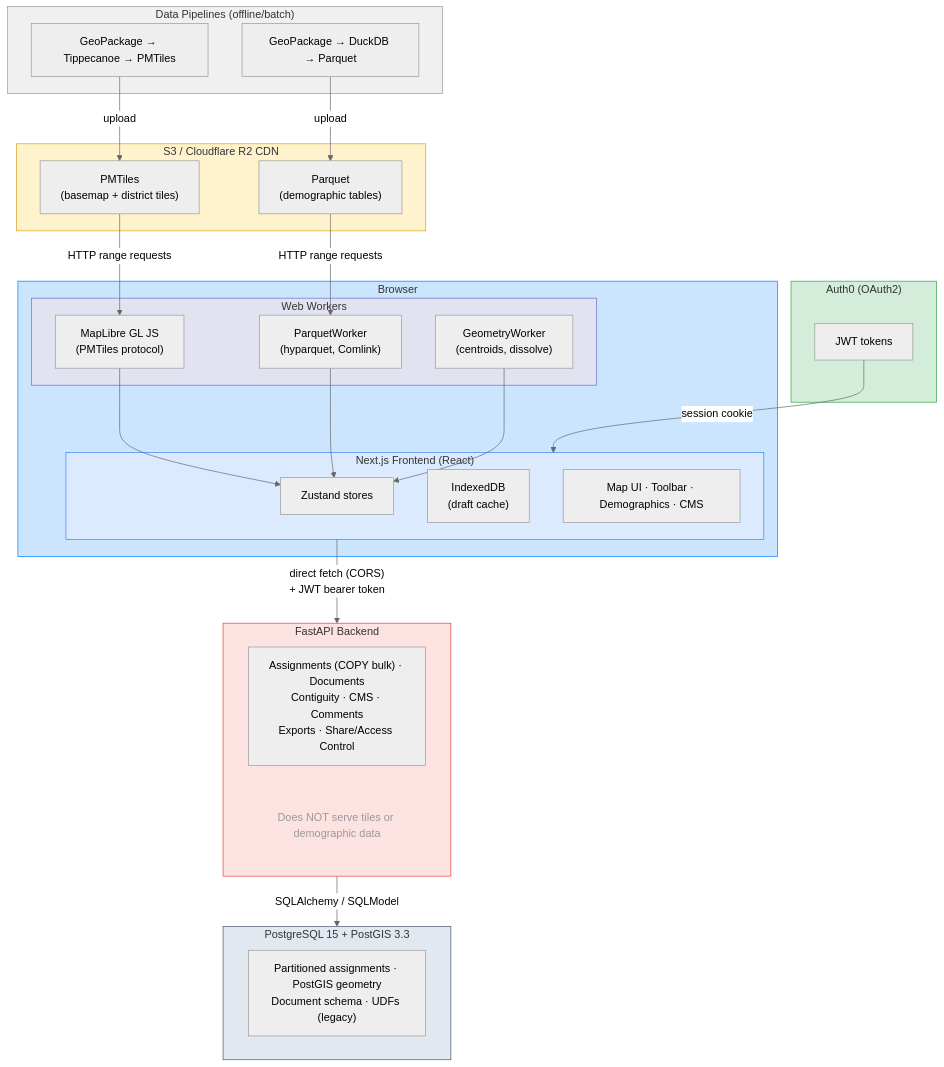
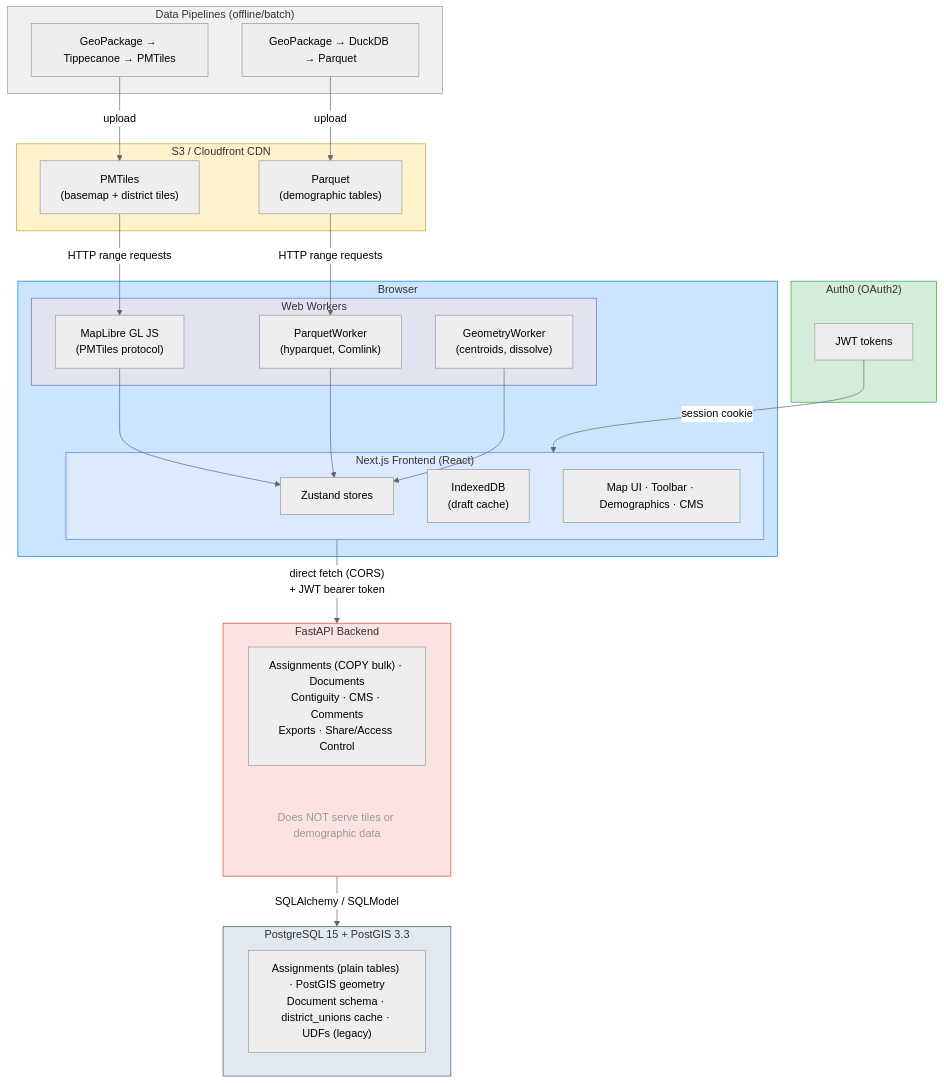
One commit to districtr/districtr-v2 changed the diagram in .agents/ARCHITECTURE.md. Above: the diagram before and after it, drawn with Mermaid (neutral theme). The commit also changed other lines of this file and 70 other files, not shown here.

````diff
--- a/.agents/ARCHITECTURE.md
+++ b/.agents/ARCHITECTURE.md
@@ -7,59 +7,59 @@
 ```mermaid
 graph TD
     subgraph Pipelines["Data Pipelines (offline/batch)"]
         P1["GeoPackage → Tippecanoe → PMTiles"]
         P2["GeoPackage → DuckDB → Parquet"]
     end
 
-    subgraph S3["S3 / Cloudflare R2 CDN"]
+    subgraph S3["S3 / Cloudfront CDN"]
         Tiles["PMTiles<br/>(basemap + district tiles)"]
         Parquet["Parquet<br/>(demographic tables)"]
     end
 
     subgraph Auth["Auth0 (OAuth2)"]
         JWT["JWT tokens"]
     end
 
     subgraph Browser["Browser"]
         subgraph Workers["Web Workers"]
             MapLibre["MapLibre GL JS<br/>(PMTiles protocol)"]
             PW["ParquetWorker<br/>(hyparquet, Comlink)"]
             GW["GeometryWorker<br/>(centroids, dissolve)"]
         end
         subgraph App["Next.js Frontend (React)"]
             Zustand["Zustand stores"]
             IDB["IndexedDB<br/>(draft cache)"]
             UI["Map UI · Toolbar · Demographics · CMS"]
         end
     end
 
     subgraph API["FastAPI Backend"]
         Endpoints["Assignments (COPY bulk) · Documents<br/>Contiguity · CMS · Comments<br/>Exports · Share/Access Control"]
         Note["Does NOT serve tiles or demographic data"]
     end
 
     subgraph DB["PostgreSQL 15 + PostGIS 3.3"]
-        Tables["Partitioned assignments · PostGIS geometry<br/>Document schema · UDFs (legacy)"]
+        Tables["Assignments (plain tables) · PostGIS geometry<br/>Document schema · district_unions cache · UDFs (legacy)"]
     end
 
     P1 -->|upload| Tiles
     P2 -->|upload| Parquet
     Tiles -->|HTTP range requests| MapLibre
     Parquet -->|HTTP range requests| PW
     JWT -->|session cookie| App
     MapLibre --> Zustand
     PW --> Zustand
     GW --> Zustand
     App -->|"direct fetch (CORS)<br/>+ JWT bearer token"| API
     API -->|SQLAlchemy / SQLModel| DB
 
     style Pipelines fill:#f0f0f0,stroke:#999
     style S3 fill:#fff3cd,stroke:#d4a017
     style Auth fill:#d4edda,stroke:#28a745
     style Browser fill:#cce5ff,stroke:#007bff
     style Workers fill:#e2e3f1,stroke:#6c6fbd
     style App fill:#dbeafe,stroke:#3b82f6
     style API fill:#fde2e2,stroke:#e53e3e
     style DB fill:#e2e8f0,stroke:#4a5568
     style Note fill:none,stroke:none,color:#999
 ```
````
